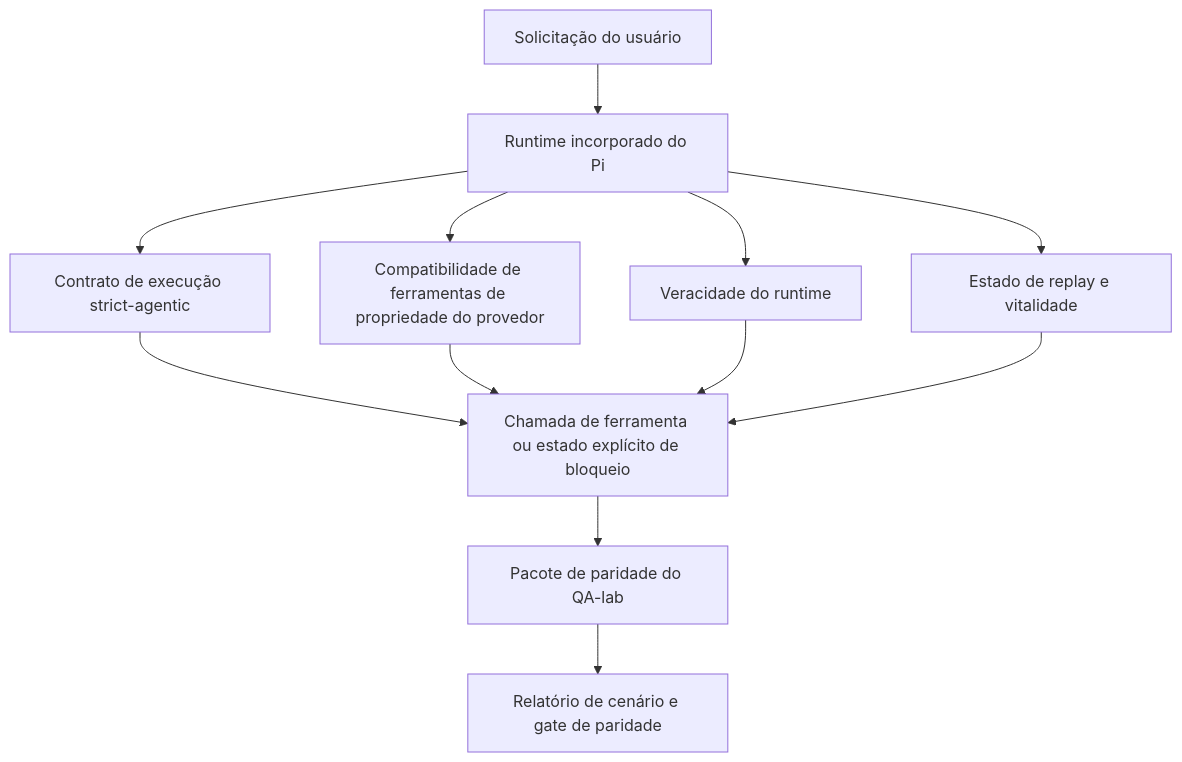
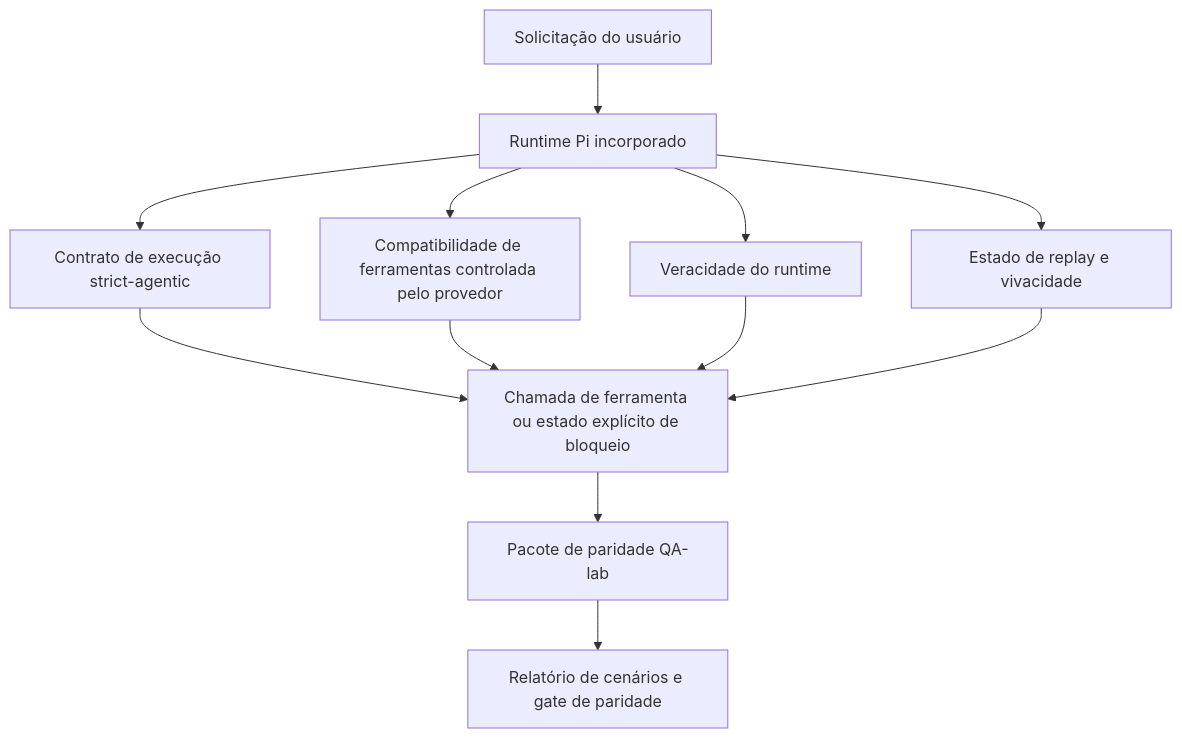
Before and after one commit to openclaw/docs: the first of 2 diagrams in docs/pt-BR/help/gpt54-codex-agentic-parity.md, drawn with Mermaid. The commit also changed other lines of this file and 440 other files, not shown here.

````diff
--- a/docs/pt-BR/help/gpt54-codex-agentic-parity.md
+++ b/docs/pt-BR/help/gpt54-codex-agentic-parity.md
@@ -114,14 +114,14 @@
 ```mermaid
 flowchart TD
-    A["Solicitação do usuário"] --> B["Runtime incorporado do Pi"]
+    A["Solicitação do usuário"] --> B["Runtime Pi incorporado"]
     B --> C["Contrato de execução strict-agentic"]
-    B --> D["Compatibilidade de ferramentas de propriedade do provedor"]
+    B --> D["Compatibilidade de ferramentas controlada pelo provedor"]
     B --> E["Veracidade do runtime"]
-    B --> F["Estado de replay e vitalidade"]
+    B --> F["Estado de replay e vivacidade"]
     C --> G["Chamada de ferramenta ou estado explícito de bloqueio"]
     D --> G
     E --> G
     F --> G
-    G --> H["Pacote de paridade do QA-lab"]
-    H --> I["Relatório de cenário e gate de paridade"]
+    G --> H["Pacote de paridade QA-lab"]
+    H --> I["Relatório de cenários e gate de paridade"]
 ```
````
